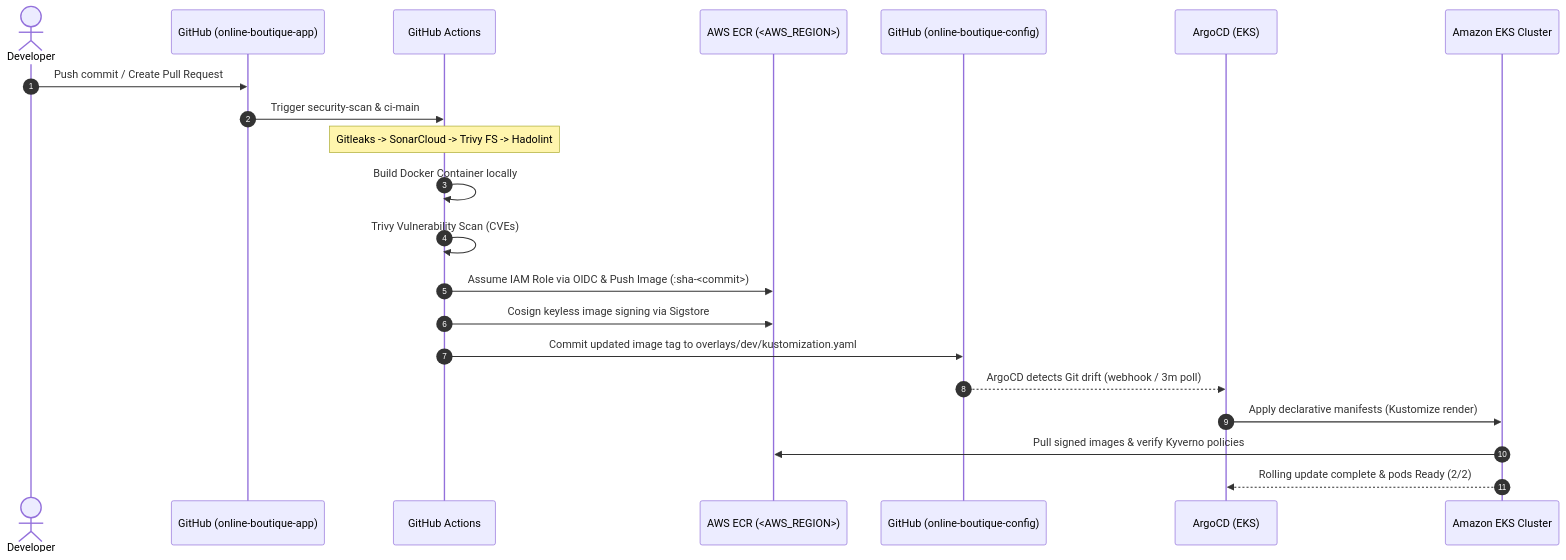
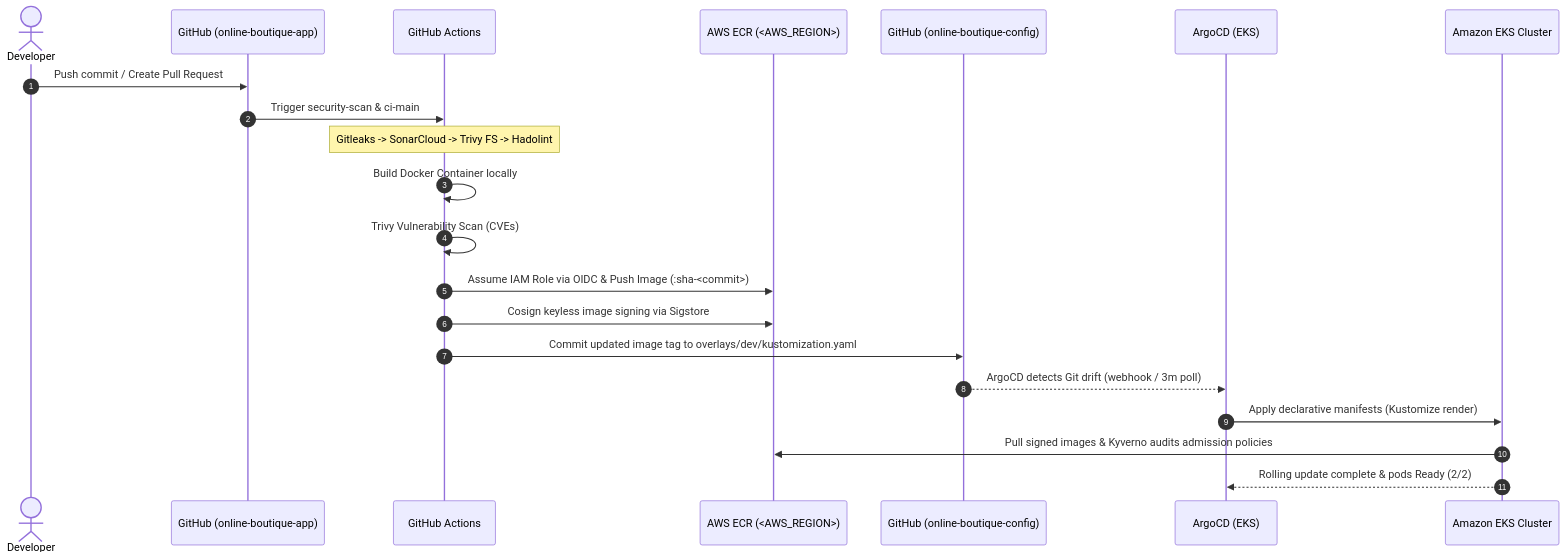
Before and after one commit to online-boutique-application-demo/online-boutique-app: the second of 4 diagrams in README.md, drawn with Mermaid. The commit also changed other lines of this file and 35 other files, not shown here.

````diff
--- a/README.md
+++ b/README.md
@@ -177,24 +177,24 @@
 ```mermaid
 sequenceDiagram
     autonumber
     actor Dev as Developer
     participant GH as GitHub (online-boutique-app)
     participant CI as GitHub Actions
     participant ECR as AWS ECR (<AWS_REGION>)
     participant Cfg as GitHub (online-boutique-config)
     participant Argo as ArgoCD (EKS)
     participant EKS as Amazon EKS Cluster
 
     Dev->>GH: Push commit / Create Pull Request
     GH->>CI: Trigger security-scan & ci-main
     Note over CI: Gitleaks -> SonarCloud -> Trivy FS -> Hadolint
     CI->>CI: Build Docker Container locally
     CI->>CI: Trivy Vulnerability Scan (CVEs)
     CI->>ECR: Assume IAM Role via OIDC & Push Image (:sha-<commit>)
     CI->>ECR: Cosign keyless image signing via Sigstore
     CI->>Cfg: Commit updated image tag to overlays/dev/kustomization.yaml
     Cfg-->>Argo: ArgoCD detects Git drift (webhook / 3m poll)
     Argo->>EKS: Apply declarative manifests (Kustomize render)
-    EKS->>ECR: Pull signed images & verify Kyverno policies
+    EKS->>ECR: Pull signed images & Kyverno audits admission policies
     EKS-->>Argo: Rolling update complete & pods Ready (2/2)
 ```
````
